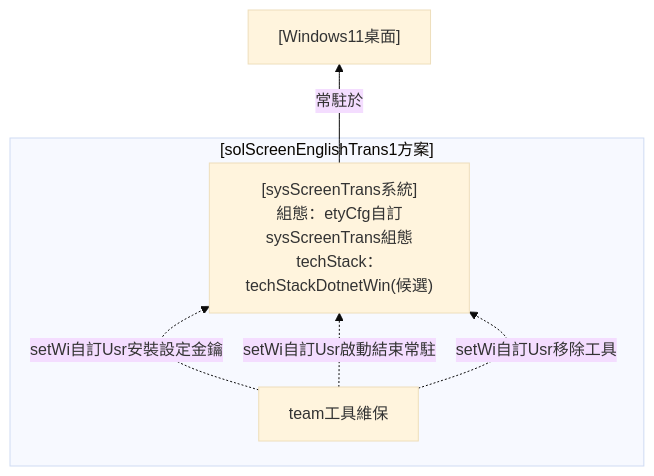
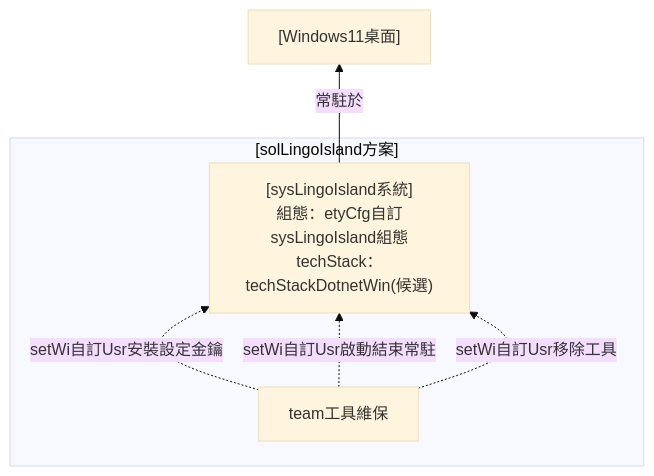
Before and after one commit to twStellerWhale-Ocean2/solScreenEnglishTrans1: the fourth of 6 diagrams in docs/design.md, drawn with Mermaid (base theme). The commit also changed other lines of this file and 214 other files, not shown here.

First line of the commit message:
chore(rename): 全 repo 改名 solLingoIsland（ScreenTrans→LingoIsland 內部方案名＋%APPDATA% 一次性遷移） (#141)

````diff
--- a/docs/design.md
+++ b/docs/design.md
@@ -254,14 +254,14 @@
 ```mermaid
 flowchart BT
 
-subgraph SOL["[solScreenEnglishTrans1方案]"]
+subgraph SOL["[solLingoIsland方案]"]
   ADM["team工具維保"]
-  SYS["[sysScreenTrans系統]<br/>組態：etyCfg自訂sysScreenTrans組態<br/>techStack：techStackDotnetWin(候選)"]
+  SYS["[sysLingoIsland系統]<br/>組態：etyCfg自訂sysLingoIsland組態<br/>techStack：techStackDotnetWin(候選)"]
   ADM -.->|"setWi自訂Usr安裝設定金鑰"| SYS
   ADM -.->|"setWi自訂Usr啟動結束常駐"| SYS
   ADM -.->|"setWi自訂Usr移除工具"| SYS
 end
 
 ENV["[Windows11桌面]"]
 SYS -->|"常駐於"| ENV
 ```
````
